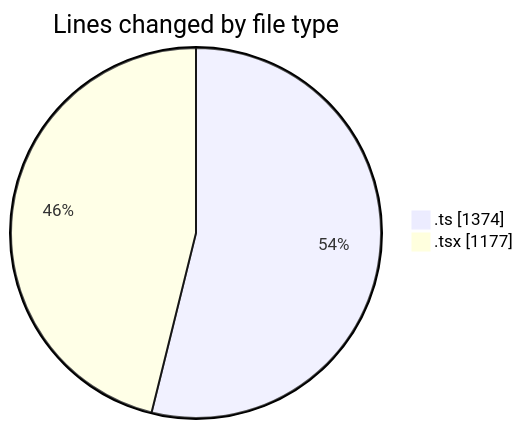
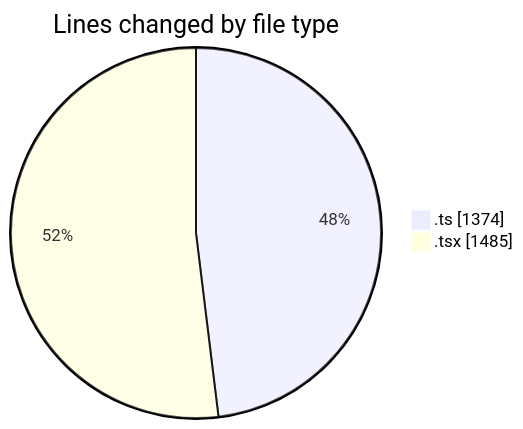
The first of 2 diagrams in 2025-10-23/eventscop-frontend-guide__workspace_/README.md (julien-gomy/code-tracking), drawn with Mermaid before and after one commit. The commit also changed other lines of this file and 1 other file, not shown here.

````diff
--- a/2025-10-23/eventscop-frontend-guide__workspace_/README.md
+++ b/2025-10-23/eventscop-frontend-guide__workspace_/README.md
@@ -30,6 +31,6 @@
 ```mermaid
 pie showData
 title Lines changed by file type
 ".ts" : 1374
-".tsx" : 1177
+".tsx" : 1485
 ```
````
